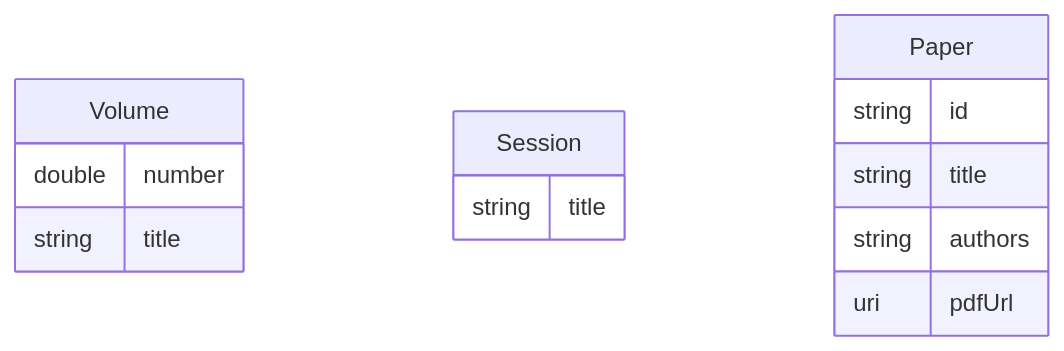
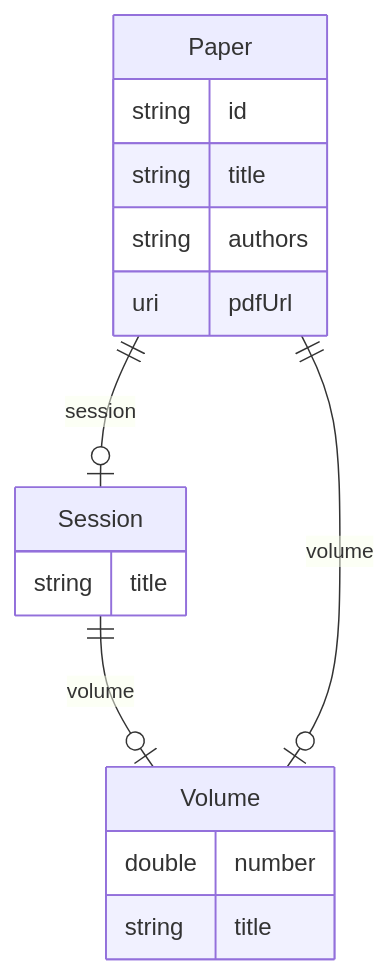
One commit to WolfgangFahl/pyMetaModel changed the diagram in examples/ceur-ws/ceur-ws.mermaid. Above: the diagram before and after it, drawn with Mermaid. The commit also changed 21 other files, not shown here.

````diff
--- a/examples/ceur-ws/ceur-ws.mermaid
+++ b/examples/ceur-ws/ceur-ws.mermaid
@@ -1,19 +1,21 @@
 ```mermaid
 erDiagram
 Volume {
     double number  
     string title  
 }
 Session {
     string title  
 }
 Paper {
     string id  
     string title  
     string authors  
     uri pdfUrl  
 }
 
-
+Session ||--|o Volume : "volume"
+Paper ||--|o Volume : "volume"
+Paper ||--|o Session : "session"
 
 ```
````
